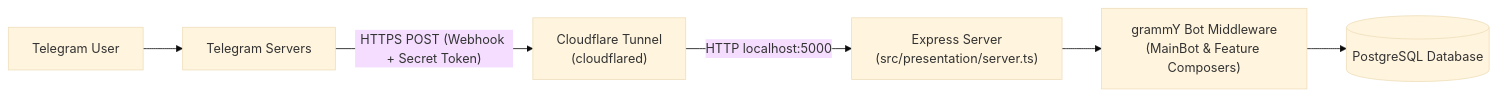
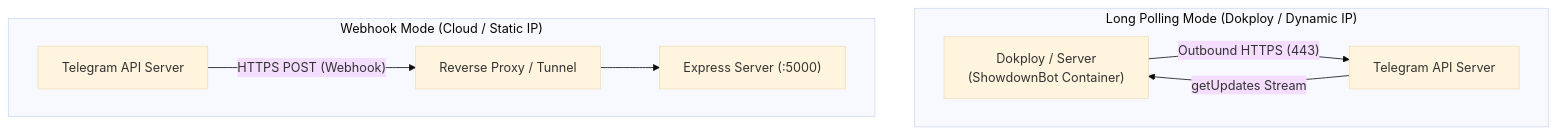
One commit to JonnerPaz/pokeshowdown_bot changed the diagram in README.md. Above: the diagram before and after it, drawn with Mermaid (base theme). The commit also changed other lines of this file and 7 other files, not shown here.

Commit message:
feat(config): add dual-mode polling and dokploy compose stack

````diff
--- a/README.md
+++ b/README.md
@@ -39,8 +42,12 @@
 ```mermaid
-flowchart LR
-    A["Telegram User"] --> B["Telegram Servers"]
-    B -- "HTTPS POST (Webhook + Secret Token)" --> C["Cloudflare Tunnel<br/>(cloudflared)"]
-    C -- "HTTP localhost:5000" --> D["Express Server<br/>(src/presentation/server.ts)"]
-    D --> E["grammY Bot Middleware<br/>(MainBot & Feature Composers)"]
-    E --> F[("PostgreSQL Database")]
+flowchart TD
+    subgraph Polling ["Long Polling Mode (Dokploy / Dynamic IP)"]
+        D1["Dokploy / Server<br/>(ShowdownBot Container)"] -- "Outbound HTTPS (443)" --> TG1["Telegram API Server"]
+        TG1 -- "getUpdates Stream" --> D1
+    end
+
+    subgraph Webhook ["Webhook Mode (Cloud / Static IP)"]
+        TG2["Telegram API Server"] -- "HTTPS POST (Webhook)" --> CF["Reverse Proxy / Tunnel"]
+        CF --> D2["Express Server (:5000)"]
+    end
 ```
````
